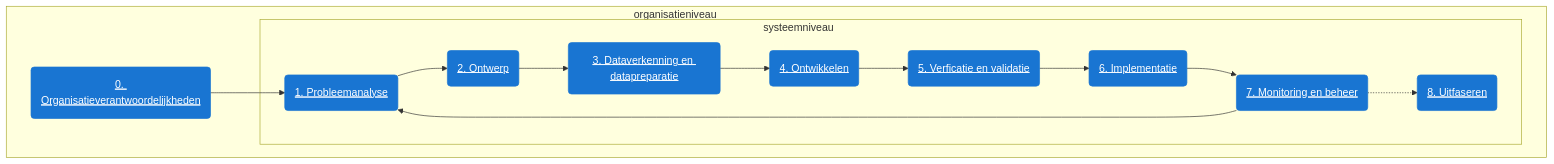
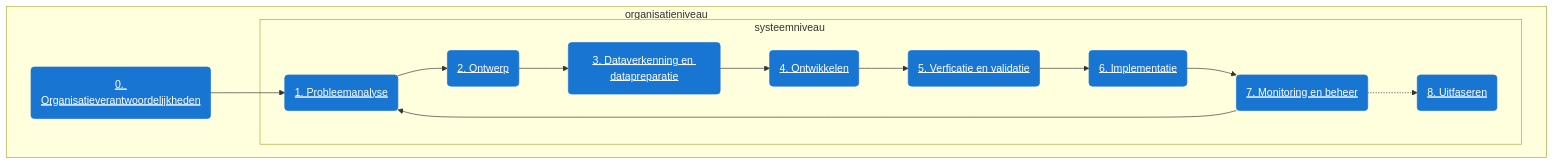
The diagram in docs/levenscyclus/index.md (MinBZK/Algoritmekader), drawn with Mermaid before and after one commit.

````diff
--- a/docs/levenscyclus/index.md
+++ b/docs/levenscyclus/index.md
@@ -42,40 +42,40 @@
 ```mermaid
 
   flowchart TD
-      subgraph organisatieniveau [organisatieniveau &nbsp&nbsp&nbsp&nbsp&nbsp&nbsp&nbsp&nbsp&nbsp&nbsp&nbsp&nbsp&nbsp&nbsp&nbsp&nbsp&nbsp&nbsp&nbsp&nbsp&nbsp&nbsp&nbsp&nbsp&nbsp&nbsp&nbsp&nbsp&nbsp&nbsp&nbsp&nbsp&nbsp&nbsp&nbsp&nbsp&nbsp&nbsp&nbsp&nbsp&nbsp&nbsp&nbsp&nbsp&nbsp&nbsp&nbsp&nbsp&nbsp&nbsp&nbsp&nbsp&nbsp&nbsp&nbsp&nbsp&nbsp&nbsp&nbsp&nbsp&nbsp&nbsp&nbsp&nbsp&nbsp&nbsp&nbsp&nbsp]
+      subgraph organisatieniveau [organisatieniveau &nbsp&nbsp&nbsp&nbsp&nbsp&nbsp&nbsp&nbsp&nbsp&nbsp&nbsp&nbsp&nbsp&nbsp&nbsp&nbsp&nbsp&nbsp&nbsp&nbsp&nbsp&nbsp&nbsp&nbsp&nbsp&nbsp&nbsp&nbsp&nbsp&nbsp&nbsp&nbsp&nbsp&nbsp&nbsp&nbsp&nbsp&nbsp&nbsp&nbsp&nbsp&nbsp&nbsp&nbsp&nbsp&nbsp&nbsp&nbsp&nbsp&nbsp&nbsp&nbsp&nbsp&nbsp&nbsp&nbsp&nbsp&nbsp&nbsp&nbsp&nbsp&nbsp&nbsp&nbsp&nbsp&nbsp&nbsp&nbsp&nbsp&nbsp&nbsp&nbsp&nbsp&nbsp]
         0(0. Organisatieverantwoordelijkheden) --> 1(1. Probleemanalyse);
-        subgraph systeemniveau [systeemniveau &nbsp&nbsp&nbsp&nbsp&nbsp&nbsp&nbsp&nbsp&nbsp&nbsp&nbsp&nbsp&nbsp&nbsp&nbsp&nbsp&nbsp&nbsp&nbsp&nbsp&nbsp&nbsp&nbsp&nbsp&nbsp&nbsp&nbsp&nbsp&nbsp&nbsp&nbsp&nbsp&nbsp&nbsp&nbsp&nbsp&nbsp&nbsp&nbsp&nbsp&nbsp&nbsp&nbsp&nbsp&nbsp&nbsp&nbsp&nbsp&nbsp&nbsp&nbsp&nbsp&nbsp&nbsp&nbsp&nbsp&nbsp&nbsp&nbsp&nbsp&nbsp&nbsp]
+        subgraph systeemniveau [systeemniveau &nbsp&nbsp&nbsp&nbsp&nbsp&nbsp&nbsp&nbsp&nbsp&nbsp&nbsp&nbsp&nbsp&nbsp&nbsp&nbsp&nbsp&nbsp&nbsp&nbsp&nbsp&nbsp&nbsp&nbsp&nbsp&nbsp&nbsp&nbsp&nbsp&nbsp&nbsp&nbsp&nbsp&nbsp&nbsp&nbsp&nbsp&nbsp&nbsp&nbsp&nbsp&nbsp&nbsp&nbsp&nbsp&nbsp&nbsp&nbsp&nbsp&nbsp&nbsp&nbsp&nbsp&nbsp&nbsp&nbsp&nbsp&nbsp&nbsp&nbsp&nbsp&nbsp&nbsp&nbsp&nbsp&nbsp&nbsp&nbsp]
           7(7. Monitoring en beheer) --> 1(1. Probleemanalyse);
           1(1. Probleemanalyse) --> 2(2. Ontwerp);
           2(2. Ontwerp) --> 3(3. Dataverkenning en datapreparatie);
           3(3. Dataverkenning en datapreparatie) --> 4(4. Ontwikkelen);
           4(4. Ontwikkelen) --> 5(5. Verficatie en validatie);
           5(5. Verficatie en validatie) --> 6(6. Implementatie);
           6(6. Implementatie) --> 7(7. Monitoring en beheer);
           7(7. Monitoring en beheer) -.-> 8(8. Uitfaseren);
         end
       end
 
       click 0 href "organisatieverantwoordelijkheden"
       click 1 href "probleemanalyse"
       click 2 href "ontwerp"
       click 3 href "dataverkenning-en-datapreparatie"
       click 4 href "ontwikkelen"
       click 5 href "verificatie-en-validatie"
       click 6 href "implementatie"
       click 7 href "monitoring-en-beheer"
       click 8 href "uitfaseren"
 
       style 0 color:#fff, fill:#1975d2, stroke:#1975d2, text-decoration:underline;
       style 1 color:#fff, fill:#1975d2, stroke:#1975d2, text-decoration:underline;
       style 2 color:#fff, fill:#1975d2, stroke:#1975d2, text-decoration:underline;
       style 3 color:#fff, fill:#1975d2, stroke:#1975d2, text-decoration:underline;
       style 4 color:#fff, fill:#1975d2, stroke:#1975d2, text-decoration:underline;
       style 5 color:#fff, fill:#1975d2, stroke:#1975d2, text-decoration:underline;
       style 6 color:#fff, fill:#1975d2, stroke:#1975d2, text-decoration:underline;
       style 7 color:#fff, fill:#1975d2, stroke:#1975d2, text-decoration:underline;
       style 8 color:#fff, fill:#1975d2, stroke:#1975d2, text-decoration:underline;
 
       style organisatieniveau fill:transparant
 
 ```
````
